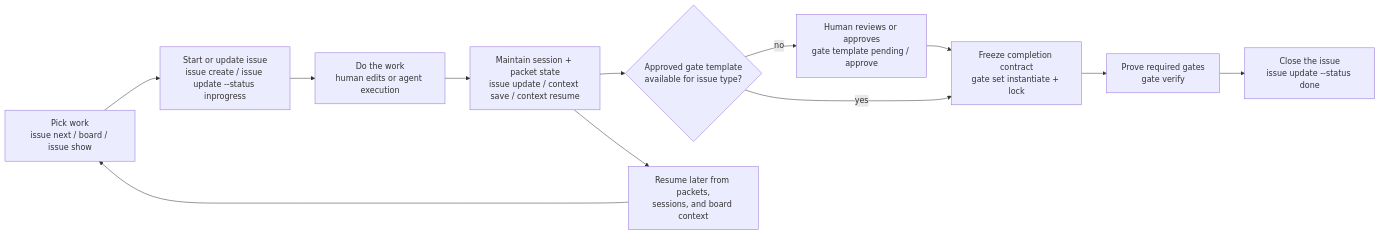
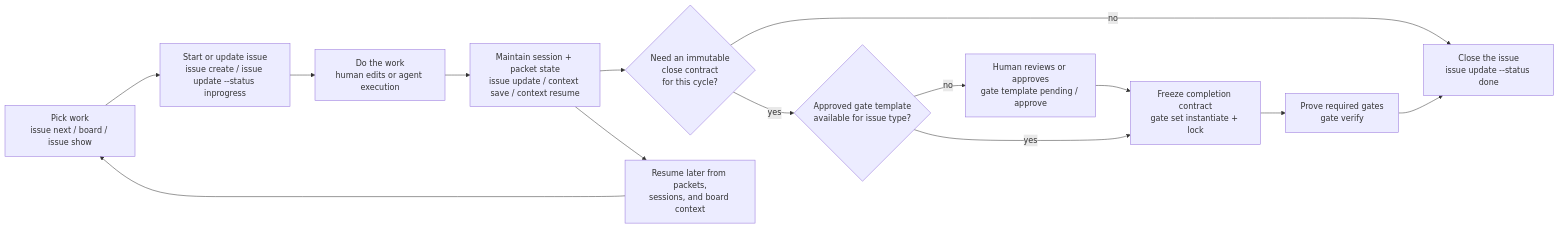
One commit to willbastian/memori changed the second of 2 diagrams in README.md. Above: the diagram before and after it, drawn with Mermaid. The commit also changed 1 other file, not shown here.

Commit message:
docs(workflow): clarify optional close contracts (mem-d0fa0fb)

````diff
--- a/README.md
+++ b/README.md
@@ -234,25 +234,28 @@
 ```mermaid
 flowchart LR
     Pick["Pick work<br/>issue next / board / issue show"]
     Start["Start or update issue<br/>issue create / issue update --status inprogress"]
     Work["Do the work<br/>human edits or agent execution"]
     Context["Maintain session + packet state<br/>issue update / context save / context resume"]
+    Contract{"Need an immutable<br/>close contract<br/>for this cycle?"}
     Template{"Approved gate template<br/>available for issue type?"}
     Review["Human reviews or approves<br/>gate template pending / approve"]
     Freeze["Freeze completion contract<br/>gate set instantiate + lock"]
     Verify["Prove required gates<br/>gate verify"]
     Close["Close the issue<br/>issue update --status done"]
     Resume["Resume later from packets,<br/>sessions, and board context"]
 
     Pick --> Start
     Start --> Work
     Work --> Context
-    Context --> Template
+    Context --> Contract
+    Contract -- no --> Close
+    Contract -- yes --> Template
     Template -- no --> Review
     Review --> Freeze
     Template -- yes --> Freeze
     Freeze --> Verify
     Verify --> Close
     Context --> Resume
     Resume --> Pick
 ```
````
